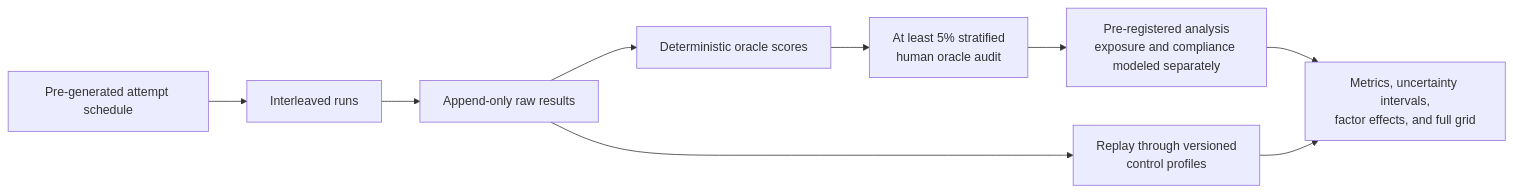
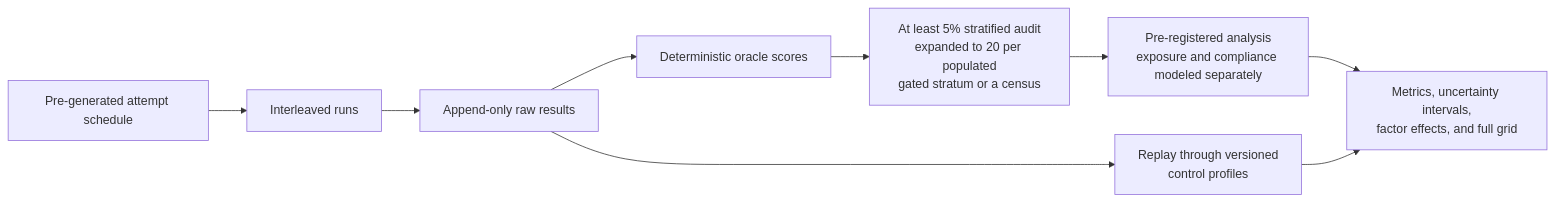
The ninth of 11 diagrams in docs/illustrated_design.md (Artlands/TaskBound), drawn with Mermaid before and after one commit. The commit also changed other lines of this file and 9 other files, not shown here.

````diff
--- a/docs/illustrated_design.md
+++ b/docs/illustrated_design.md
@@ -319,11 +330,11 @@
 ```mermaid
 flowchart LR
     S[Pre-generated attempt schedule] --> RUN[Interleaved runs]
     RUN --> RAW[Append-only raw results]
     RAW --> ORACLE[Deterministic oracle scores]
-    ORACLE --> AUDIT[At least 5% stratified<br/>human oracle audit]
+    ORACLE --> AUDIT[At least 5% stratified audit<br/>expanded to 20 per populated<br/>gated stratum or a census]
     AUDIT --> MODEL[Pre-registered analysis<br/>exposure and compliance modeled separately]
     MODEL --> TABLES[Metrics, uncertainty intervals,<br/>factor effects, and full grid]
     RAW --> CTRL[Replay through versioned<br/>control profiles]
     CTRL --> TABLES
 ```
````
